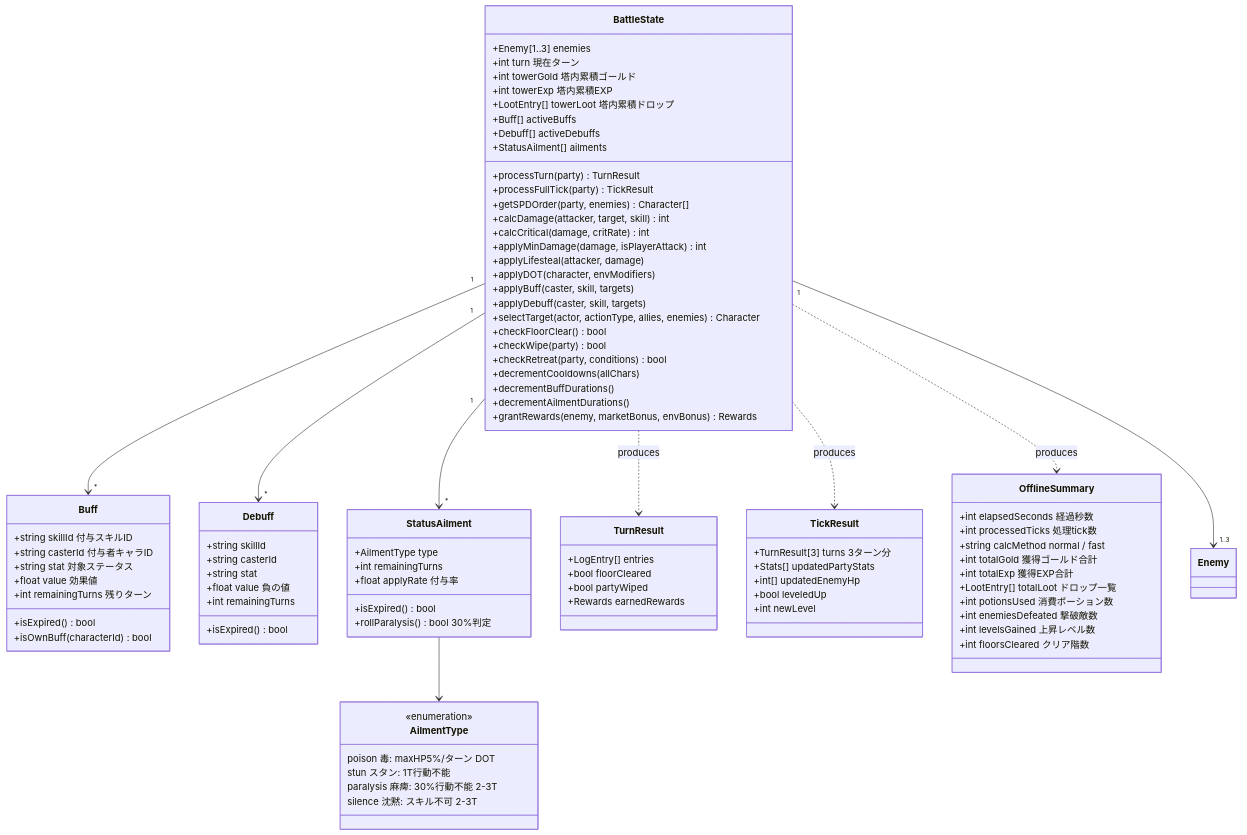
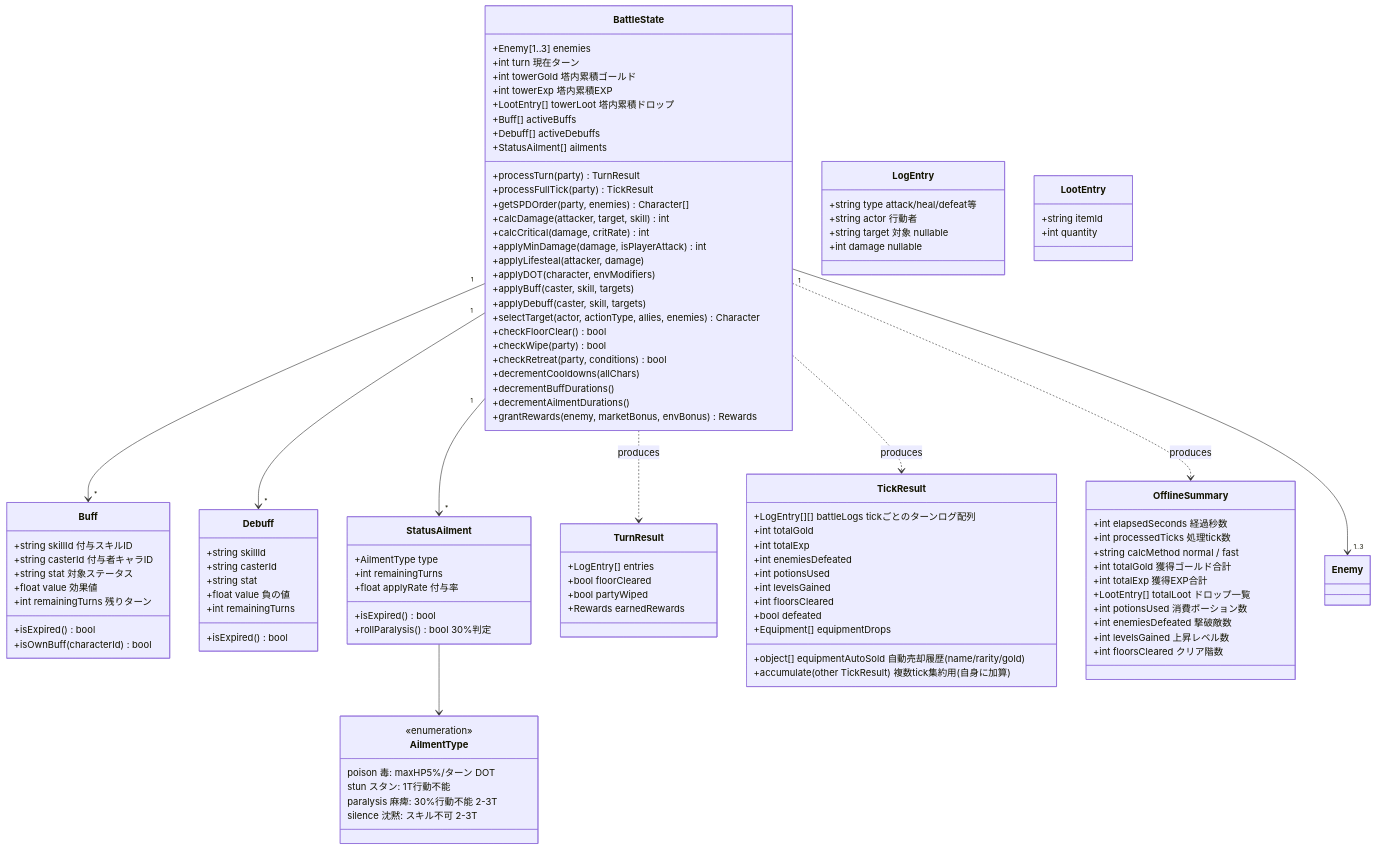
One commit to dateeee/2026_AFKGAME changed the fifth of 6 diagrams in diagrams/class_diagram.md. Above: the diagram before and after it, drawn with Mermaid. The commit also changed other lines of this file and 34 other files, not shown here.

First line of the commit message:
docs+fix: 工程定義に基づく要件〜詳細設計の見直し — 全仕様書・設計図レビューと指摘修正

```diff
--- a/diagrams/class_diagram.md
+++ b/diagrams/class_diagram.md
@@ -468,11 +467,17 @@
     }
 
     class TickResult {
-        +TurnResult[3] turns  3ターン分
-        +Stats[] updatedPartyStats
-        +int[] updatedEnemyHp
-        +bool leveledUp
-        +int newLevel
+        +LogEntry[][] battleLogs  tickごとのターンログ配列
+        +int totalGold
+        +int totalExp
+        +int enemiesDefeated
+        +int potionsUsed
+        +int levelsGained
+        +int floorsCleared
+        +bool defeated
+        +Equipment[] equipmentDrops
+        +object[] equipmentAutoSold  自動売却履歴(name/rarity/gold)
+        +accumulate(other TickResult)  複数tick集約用(自身に加算)
     }
 
     class OfflineSummary {
@@ -488,6 +493,18 @@
         +int floorsCleared  クリア階数
     }
 
+    class LogEntry {
+        +string type  attack/heal/defeat等
+        +string actor  行動者
+        +string target  対象 nullable
+        +int damage  nullable
+    }
+
+    class LootEntry {
+        +string itemId
+        +int quantity
+    }
+
     BattleState "1" --> "1..3" Enemy
     BattleState "1" --> "*" Buff
     BattleState "1" --> "*" Debuff
```
